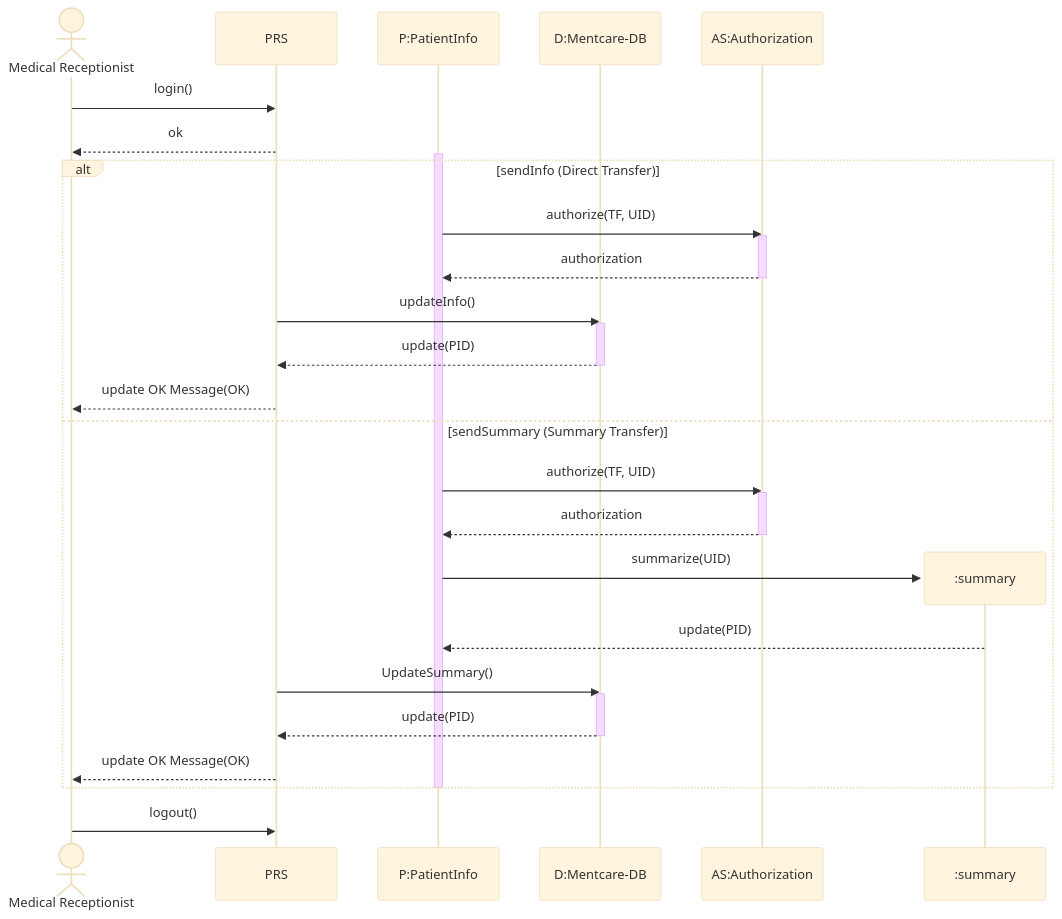
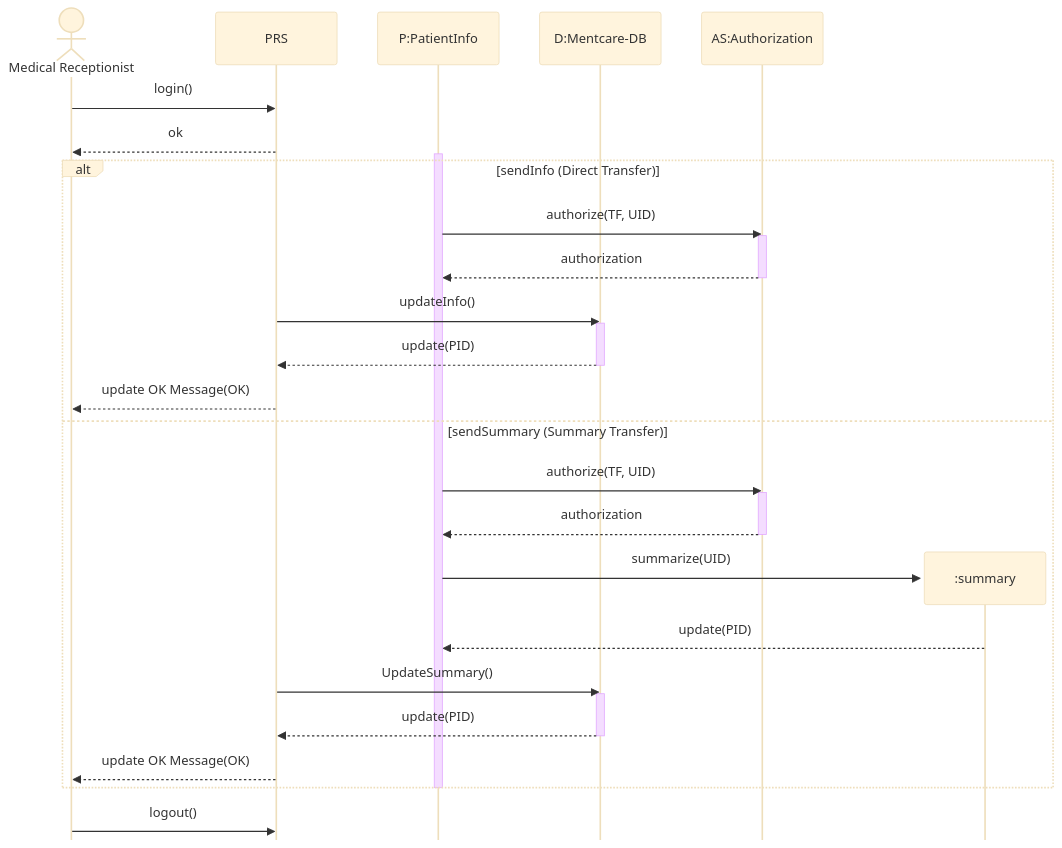
Before and after one commit to sujith-eag/sujith-library: the fourth of 4 diagrams in docs/mca/se/unit_21/3_interaction_models.md, drawn with Mermaid (base theme). The commit also changed other lines of this file and 12 other files, not shown here.

````diff
--- a/docs/mca/se/unit_21/3_interaction_models.md
+++ b/docs/mca/se/unit_21/3_interaction_models.md
@@ -245,51 +238,52 @@
 ```mermaid
+%%{init: { "sequence": { "mirrorActors": false } } }%%
 sequenceDiagram
     actor MR as Medical Receptionist
     participant PRS as PRS
     participant P as P:PatientInfo
     participant D as D:Mentcare-DB
     participant AS as AS:Authorization
 
     %% Initial Action: Receptionist logs in to the external PRS
     MR->>PRS: login()
     PRS-->>MR: ok
 
     activate P
 
     %% Alternative 1: Direct transfer of updated information [sendInfo]
     alt sendInfo (Direct Transfer)
         P->>AS: authorize(TF, UID)
         activate AS
         AS-->>P: authorization
         deactivate AS
 
         PRS->>D: updateInfo()
         activate D
         D-->>PRS: update(PID)
         deactivate D
         PRS-->>MR: update OK Message(OK)
 
     %% Alternative 2: Transfer summary data [sendSummary]
     else sendSummary (Summary Transfer)
         P->>AS: authorize(TF, UID)
         activate AS
         AS-->>P: authorization
         deactivate AS
 
         %% Object Creation: A temporary Summary object is created
         create participant Summary as :summary
         P->>Summary: summarize(UID)
         Summary-->>P: update(PID)
 
         PRS->>D: UpdateSummary()
         activate D
         D-->>PRS: update(PID)
         deactivate D
         PRS-->>MR: update OK Message(OK)
 
     end
     deactivate P
 
     %% Final Action: Receptionist logs off
     MR->>PRS: logout()
 ```
````
